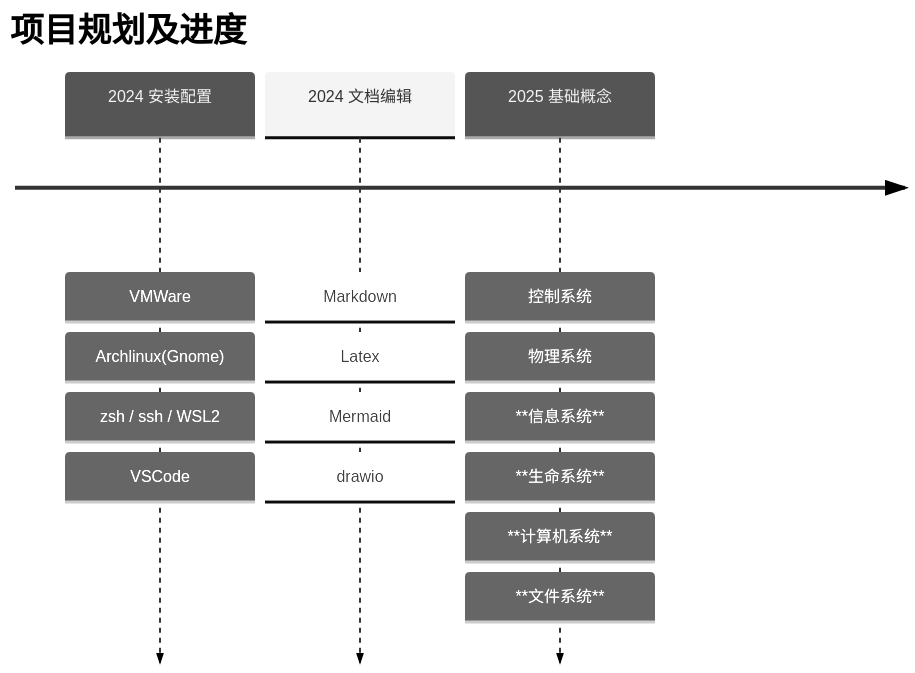
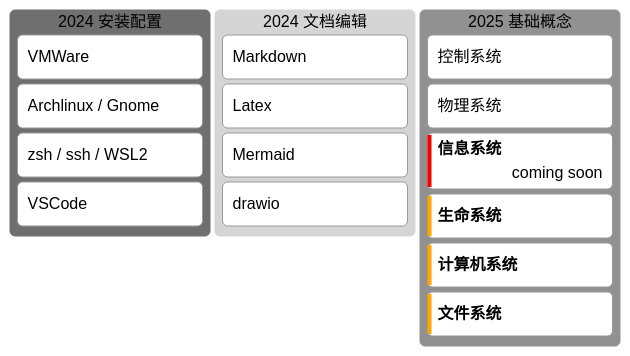
The diagram in README.md (StevenBaby/linux_detail), drawn with Mermaid (neutral theme) before and after one commit.

Commit message:
💄 update readme kanban

````diff
--- a/README.md
+++ b/README.md
@@ -9,21 +9,20 @@
 ```mermaid
-timeline
-    title 项目规划及进度
-    2024 安装配置
-    : VMWare
-    : Archlinux(Gnome)
-    : zsh / ssh / WSL2
-    : VSCode
-    2024 文档编辑
-    : Markdown
-    : Latex
-    : Mermaid
-    : drawio
-    2025 基础概念 
-    : 控制系统
-    : 物理系统
-    : **信息系统**
-    : **生命系统**
-    : **计算机系统**
-    : **文件系统**
+kanban
+  [2024 安装配置]
+    [VMWare]
+    [Archlinux / Gnome]
+    [zsh / ssh / WSL2]
+    [VSCode]
+  [2024 文档编辑]
+    [Markdown]
+    [Latex]
+    [Mermaid]
+    [drawio]
+  [2025 基础概念]
+    [控制系统]
+    [物理系统]
+    [**信息系统**]@{assigned: coming soon, priority: 'Very High' }
+    [**生命系统**]@{priority: 'High' }
+    [**计算机系统**]@{priority: 'High' }
+    [**文件系统**]@{priority: 'High' }
 ```
````
